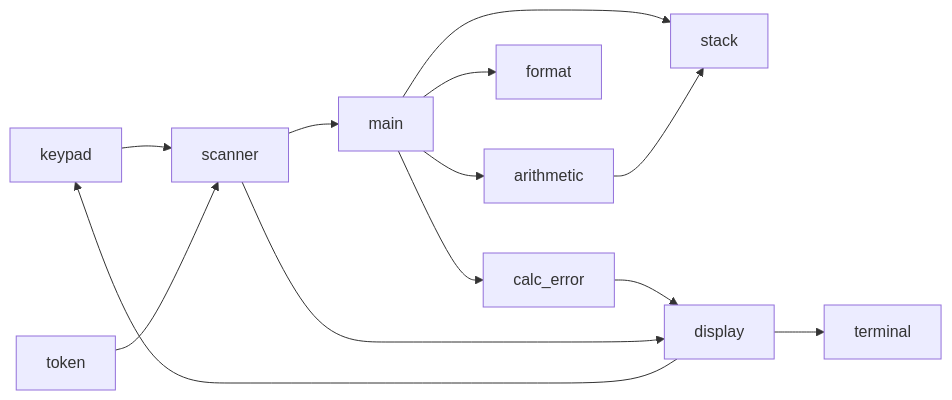
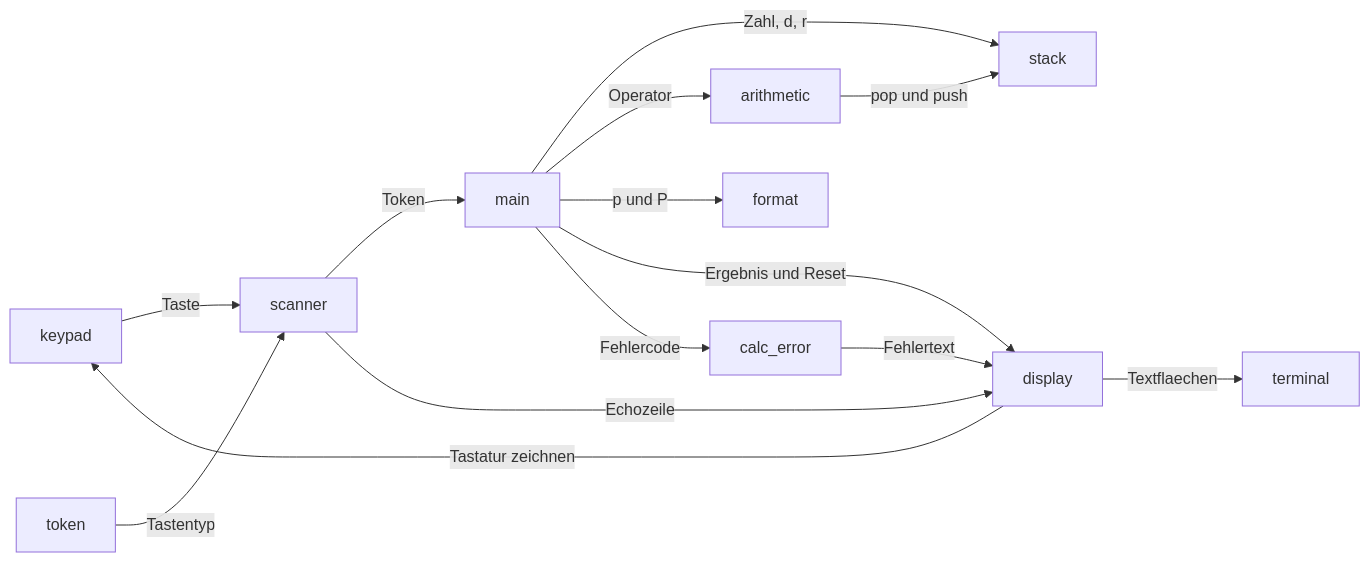
One commit to Nicenslow/ITS-BRD-VSC changed the diagram in Programs/Aufgabe1/Docs/Modulkonzept.md. Above: the diagram before and after it, drawn with Mermaid. The commit also changed other lines of this file, not shown here.

Commit message:
Explain the module arrows in the Aufgabe 1 concept.

````diff
--- a/Programs/Aufgabe1/Docs/Modulkonzept.md
+++ b/Programs/Aufgabe1/Docs/Modulkonzept.md
@@ -5,26 +7,27 @@
 ```mermaid
 flowchart LR
     keypad[keypad]
     scanner[scanner]
     token[token]
     main[main]
     stack[stack]
     arithmetic[arithmetic]
     format[format]
     calcError[calc_error]
     display[display]
     terminal[terminal]
 
-    keypad --> scanner
-    token --> scanner
-    scanner --> main
-    main --> stack
-    main --> arithmetic
-    arithmetic --> stack
-    main --> format
-    main --> calcError
-    calcError --> display
-    scanner --> display
-    display --> terminal
-    display --> keypad
+    keypad -->|Taste| scanner
+    token -->|Tastentyp| scanner
+    scanner -->|Token| main
+    scanner -->|Echozeile| display
+    main -->|Zahl, d, r| stack
+    main -->|Operator| arithmetic
+    arithmetic -->|pop und push| stack
+    main -->|p und P| format
+    main -->|Ergebnis und Reset| display
+    main -->|Fehlercode| calcError
+    calcError -->|Fehlertext| display
+    display -->|Textflaechen| terminal
+    display -->|Tastatur zeichnen| keypad
 ```
````
